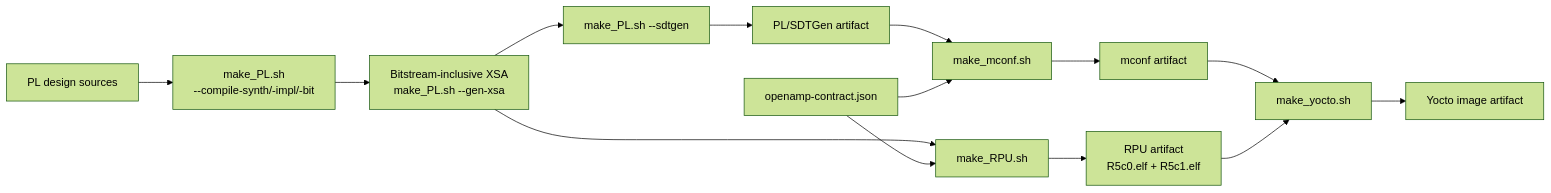
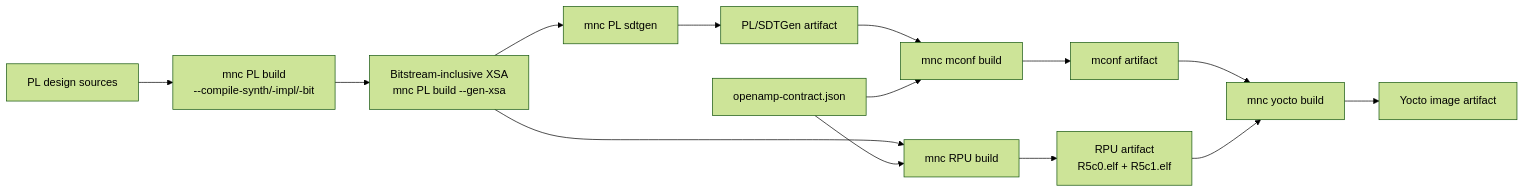
The diagram in README.md (Monutchee/monutchee-manifest), drawn with Mermaid (forest theme) before and after one commit. The commit also changed other lines of this file and 15 other files, not shown here.

````diff
--- a/README.md
+++ b/README.md
@@ -86,21 +103,21 @@
 ```mermaid
 flowchart LR
-    SOURCES["PL design sources"] --> COMPILE["make_PL.sh<br/>--compile-synth/-impl/-bit"]
-    COMPILE --> XSA["Bitstream-inclusive XSA<br/>make_PL.sh --gen-xsa"]
+    SOURCES["PL design sources"] --> COMPILE["mnc PL build<br/>--compile-synth/-impl/-bit"]
+    COMPILE --> XSA["Bitstream-inclusive XSA<br/>mnc PL build --gen-xsa"]
     CONTRACT["openamp-contract.json"]
 
-    XSA --> PL["make_PL.sh --sdtgen"]
+    XSA --> PL["mnc PL sdtgen"]
     PL --> PL_ARTIFACT["PL/SDTGen artifact"]
 
-    PL_ARTIFACT --> MCONF["make_mconf.sh"]
+    PL_ARTIFACT --> MCONF["mnc mconf build"]
     CONTRACT --> MCONF
     MCONF --> MCONF_ARTIFACT["mconf artifact"]
 
-    XSA --> RPU["make_RPU.sh"]
+    XSA --> RPU["mnc RPU build"]
     CONTRACT --> RPU
     RPU --> RPU_ARTIFACT["RPU artifact<br/>R5c0.elf + R5c1.elf"]
 
-    MCONF_ARTIFACT --> YOCTO["make_yocto.sh"]
+    MCONF_ARTIFACT --> YOCTO["mnc yocto build"]
     RPU_ARTIFACT --> YOCTO
     YOCTO --> IMAGE["Yocto image artifact"]
 ```
````
